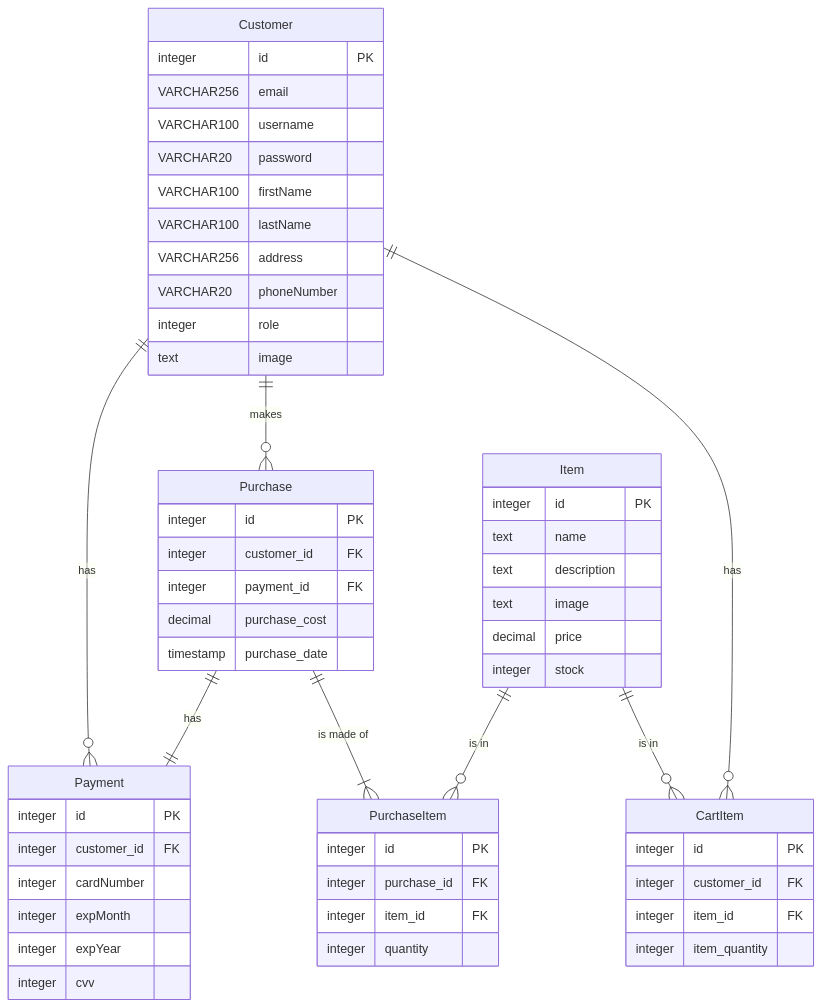
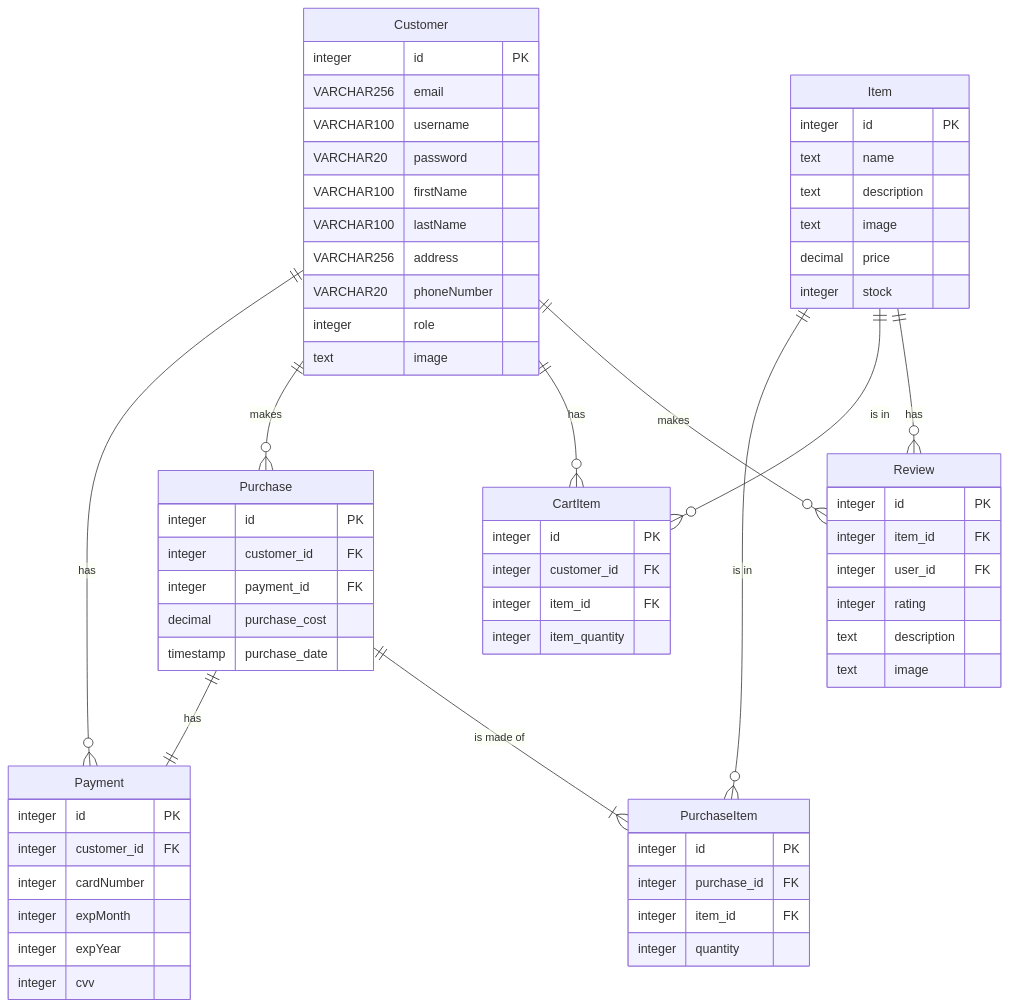
One commit to vulnerability-shop/documentation changed the diagram in ecommerce/erd.md. Above: the diagram before and after it, drawn with Mermaid.

Commit message:
Added review

````diff
--- a/ecommerce/erd.md
+++ b/ecommerce/erd.md
@@ -3,65 +3,76 @@
 ```mermaid
 %%{init: { 'theme': 'default' } }%%
 
 erDiagram
     Customer || -- }o Payment : "has"
     Customer || -- }o Purchase  : "makes"
     Purchase || -- || Payment : "has"
     Purchase || -- }| PurchaseItem : "is made of"
     Item || -- }o PurchaseItem : "is in"
     Item || -- }o CartItem : "is in"
     Customer || -- }o CartItem : "has"
+    Item || -- }o Review : "has"
+    Customer || -- }o Review  : "makes"
 
     Customer {
         integer id PK
         VARCHAR256 email
         VARCHAR100 username
         VARCHAR20 password
         VARCHAR100 firstName
         VARCHAR100 lastName
         VARCHAR256 address
         VARCHAR20 phoneNumber
         integer role
         text image
     }
 
     Payment {
         integer id PK
         integer customer_id FK
         integer cardNumber
         integer expMonth
         integer expYear
         integer cvv
     }
 
     Item {
         integer id PK
         text name
         text description
         text image
         decimal price
         integer stock
     }
 
     CartItem {
         integer id PK
         integer customer_id FK
         integer item_id FK
         integer item_quantity
     }
 
     Purchase {
         integer id PK
         integer customer_id FK
         integer payment_id FK
         decimal purchase_cost
         timestamp purchase_date
     }
 
     PurchaseItem {
         integer id PK
         integer purchase_id FK
         integer item_id FK
         integer quantity
     }
+
+    Review {
+        integer id PK
+        integer item_id FK
+        integer user_id FK
+        integer rating
+        text description
+        text image
+    }
 ```
````
